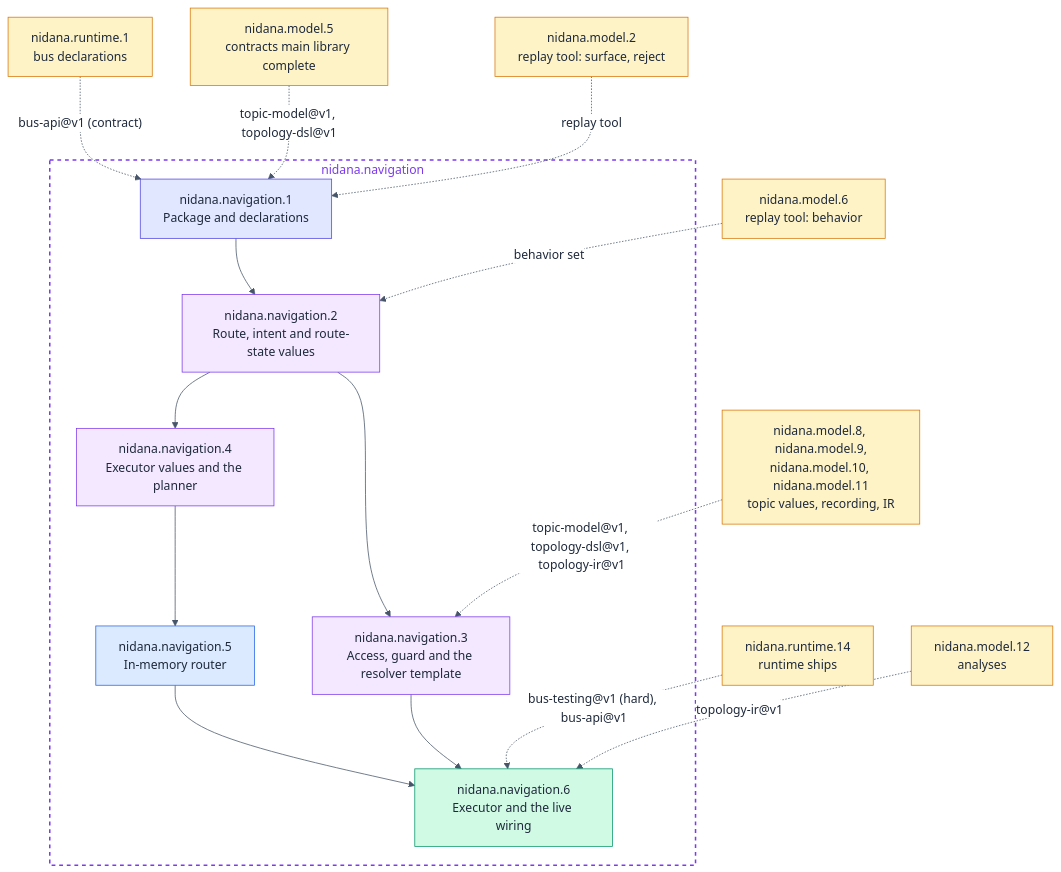
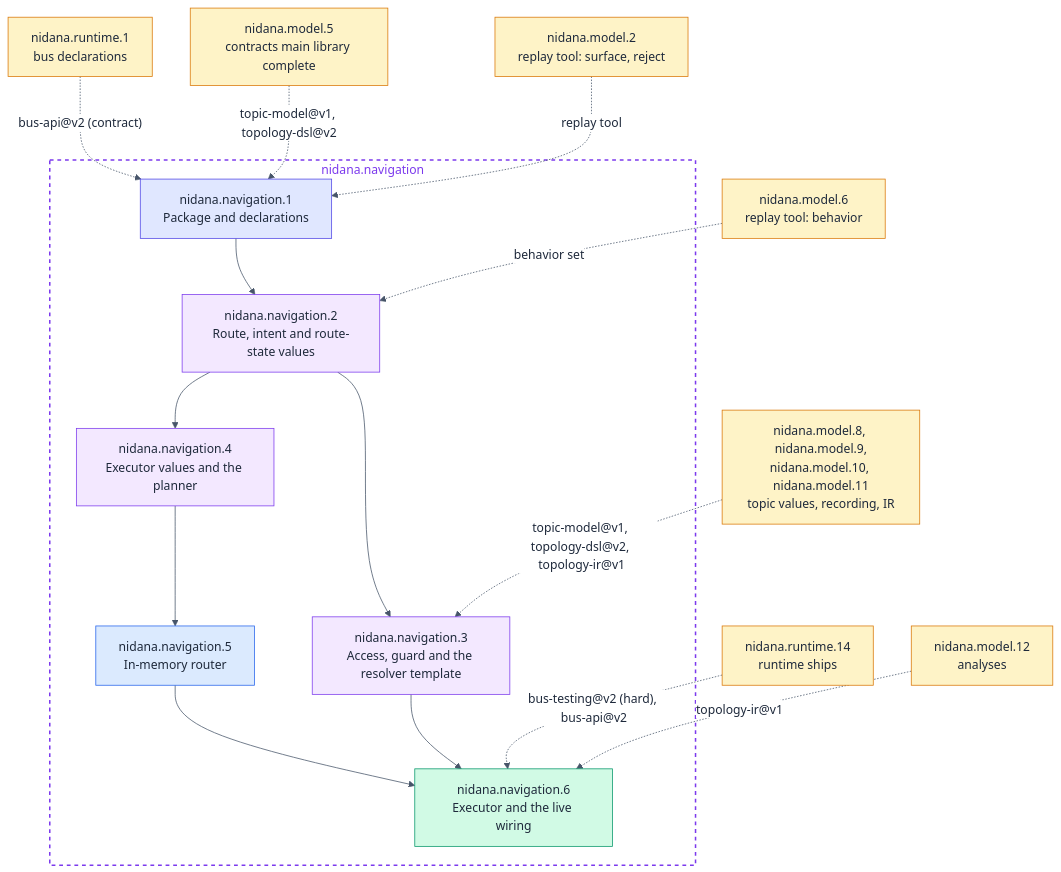
One commit to Samsara-Stream/nidana-bus-dart changed the diagram in hsdd/spec/nidana.navigation.md. Above: the diagram before and after it, drawn with Mermaid. The commit also changed other lines of this file and 2 other files, not shown here.

````diff
--- a/hsdd/spec/nidana.navigation.md
+++ b/hsdd/spec/nidana.navigation.md
@@ -231,51 +241,51 @@
 ```mermaid
 %%{init:{'theme':'base','themeVariables':{'primaryTextColor':'#1e293b','lineColor':'#475569','edgeLabelBackground':'#ffffff','tertiaryTextColor':'#1e293b'}}}%%
 flowchart TD
     subgraph nav ["nidana.navigation"]
         P1["nidana.navigation.1<br/>Package and declarations"]
         P2["nidana.navigation.2<br/>Route, intent and route-state values"]
         P3["nidana.navigation.3<br/>Access, guard and the resolver template"]
         P4["nidana.navigation.4<br/>Executor values and the planner"]
         P5["nidana.navigation.5<br/>In-memory router"]
         P6["nidana.navigation.6<br/>Executor and the live wiring"]
     end
 
     M2["nidana.model.2<br/>replay tool: surface, reject"]
     M5["nidana.model.5<br/>contracts main library complete"]
     R1["nidana.runtime.1<br/>bus declarations"]
     M6["nidana.model.6<br/>replay tool: behavior"]
     M8["nidana.model.8, nidana.model.9,<br/>nidana.model.10, nidana.model.11<br/>topic values, recording, IR"]
     R14["nidana.runtime.14<br/>runtime ships"]
     M12["nidana.model.12<br/>analyses"]
 
     P1 --> P2
     P2 --> P3
     P2 --> P4
     P4 --> P5
     P3 --> P6
     P5 --> P6
 
     M2 -. "replay tool" .-> P1
-    M5 -. "topic-model@v1, topology-dsl@v1" .-> P1
-    R1 -. "bus-api@v1 (contract)" .-> P1
+    M5 -. "topic-model@v1, topology-dsl@v2" .-> P1
+    R1 -. "bus-api@v2 (contract)" .-> P1
     M6 -. "behavior set" .-> P2
-    M8 -. "topic-model@v1, topology-dsl@v1, topology-ir@v1" .-> P3
-    R14 -. "bus-testing@v1 (hard), bus-api@v1" .-> P6
+    M8 -. "topic-model@v1, topology-dsl@v2, topology-ir@v1" .-> P3
+    R14 -. "bus-testing@v2 (hard), bus-api@v2" .-> P6
     M12 -. "topology-ir@v1" .-> P6
 
     style nav fill:none,stroke:#7c3aed,stroke-dasharray: 5 5,stroke-width:2px,color:#7c3aed
 
     style P1 fill:#e0e7ff,stroke:#4f46e5,color:#1e293b
     style P2 fill:#f3e8ff,stroke:#7c3aed,color:#1e293b
     style P3 fill:#f3e8ff,stroke:#7c3aed,color:#1e293b
     style P4 fill:#f3e8ff,stroke:#7c3aed,color:#1e293b
     style P5 fill:#dbeafe,stroke:#2563eb,color:#1e293b
     style P6 fill:#d1fae5,stroke:#059669,color:#1e293b
     style M2 fill:#fef3c7,stroke:#d97706,color:#1e293b
     style M5 fill:#fef3c7,stroke:#d97706,color:#1e293b
     style R1 fill:#fef3c7,stroke:#d97706,color:#1e293b
     style M6 fill:#fef3c7,stroke:#d97706,color:#1e293b
     style M8 fill:#fef3c7,stroke:#d97706,color:#1e293b
     style R14 fill:#fef3c7,stroke:#d97706,color:#1e293b
     style M12 fill:#fef3c7,stroke:#d97706,color:#1e293b
 ```
````
